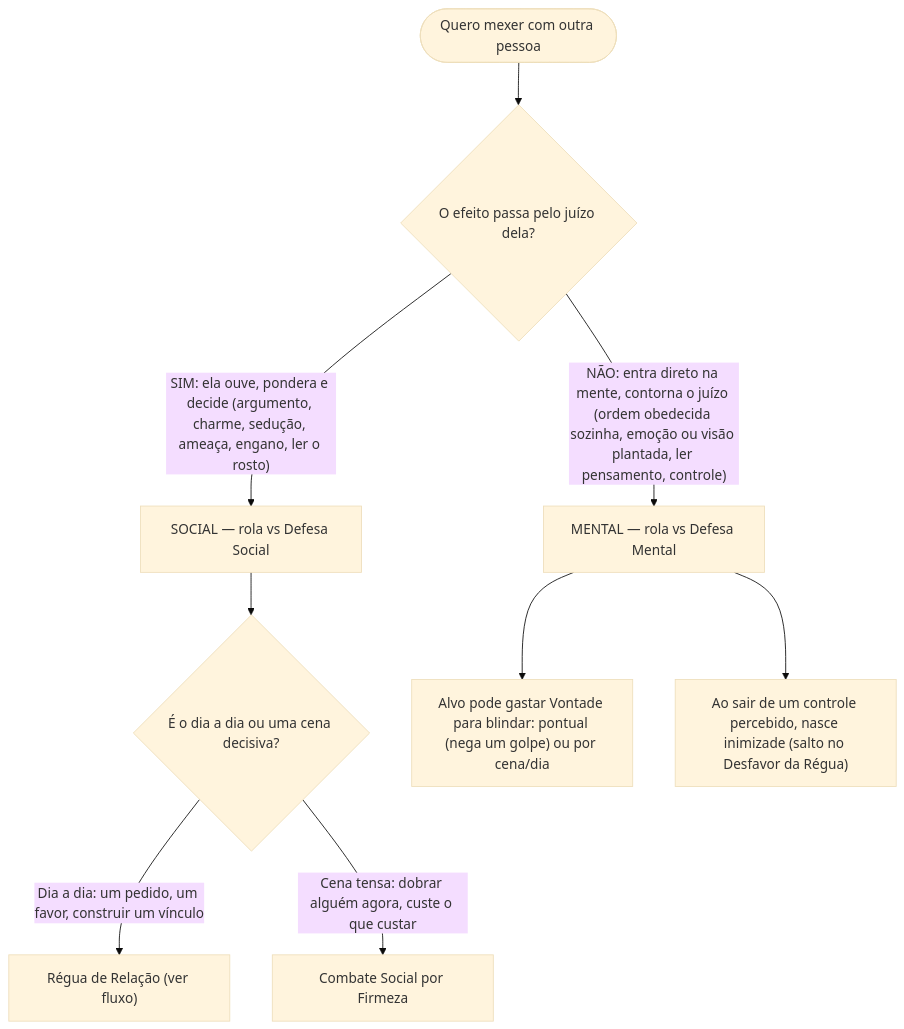
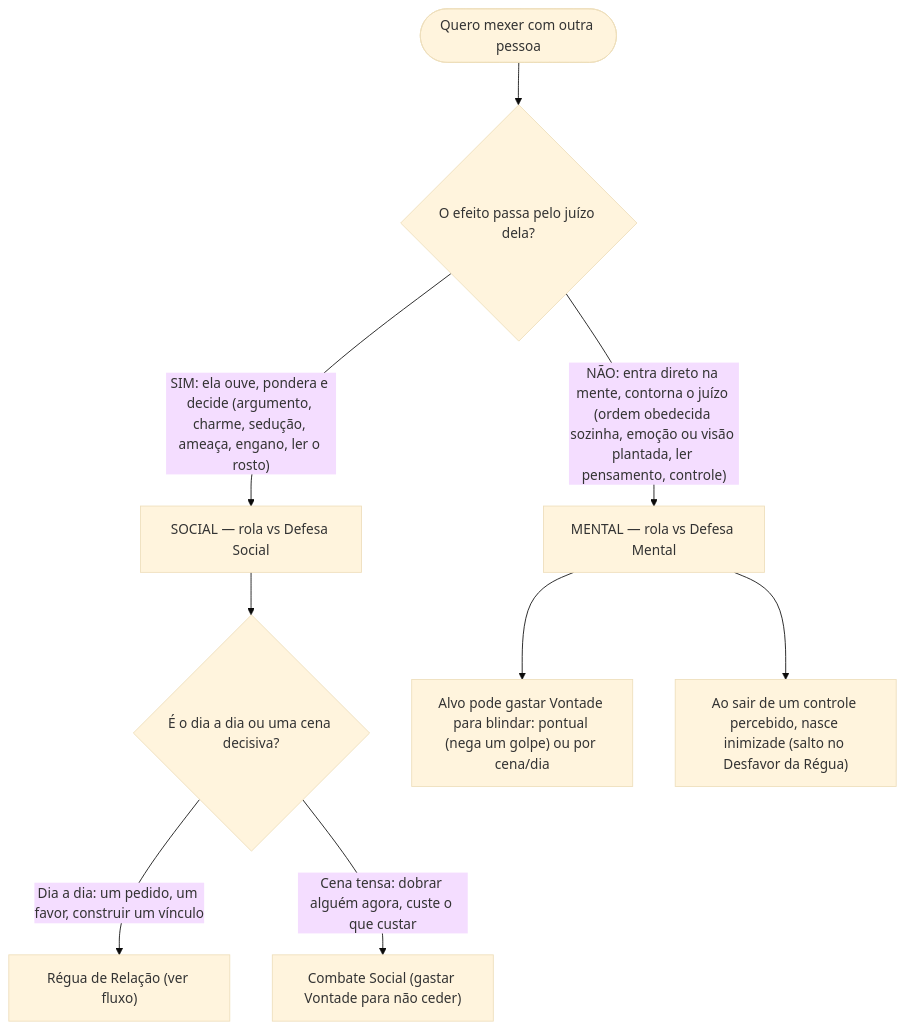
Before and after one commit to f-neves/centelha-rpg: the second of 6 diagrams in Qual_Sistema.md, drawn with Mermaid (base theme). The commit also changed other lines of this file and 1 other file, not shown here.

Commit message:
Fluxograma: remove Firmeza (Combate Social simplificado do site); cria Reescala.md (plano de migracao 0a6/0a12 com decisoes travadas e implementacoes futuras)

````diff
--- a/Qual_Sistema.md
+++ b/Qual_Sistema.md
@@ -33,11 +33,11 @@
 ```mermaid
 flowchart TD
   A(["Quero mexer com outra pessoa"]) --> B{"O efeito passa pelo juízo dela?"}
   B -->|"SIM: ela ouve, pondera e decide (argumento, charme, sedução, ameaça, engano, ler o rosto)"| S["SOCIAL — rola vs Defesa Social"]
   B -->|"NÃO: entra direto na mente, contorna o juízo (ordem obedecida sozinha, emoção ou visão plantada, ler pensamento, controle)"| M["MENTAL — rola vs Defesa Mental"]
   S --> S2{"É o dia a dia ou uma cena decisiva?"}
   S2 -->|"Dia a dia: um pedido, um favor, construir um vínculo"| Regua["Régua de Relação (ver fluxo)"]
-  S2 -->|"Cena tensa: dobrar alguém agora, custe o que custar"| CS["Combate Social por Firmeza"]
+  S2 -->|"Cena tensa: dobrar alguém agora, custe o que custar"| CS["Combate Social (gastar Vontade para não ceder)"]
   M --> M2["Alvo pode gastar Vontade para blindar: pontual (nega um golpe) ou por cena/dia"]
   M --> M3["Ao sair de um controle percebido, nasce inimizade (salto no Desfavor da Régua)"]
 ```
````
